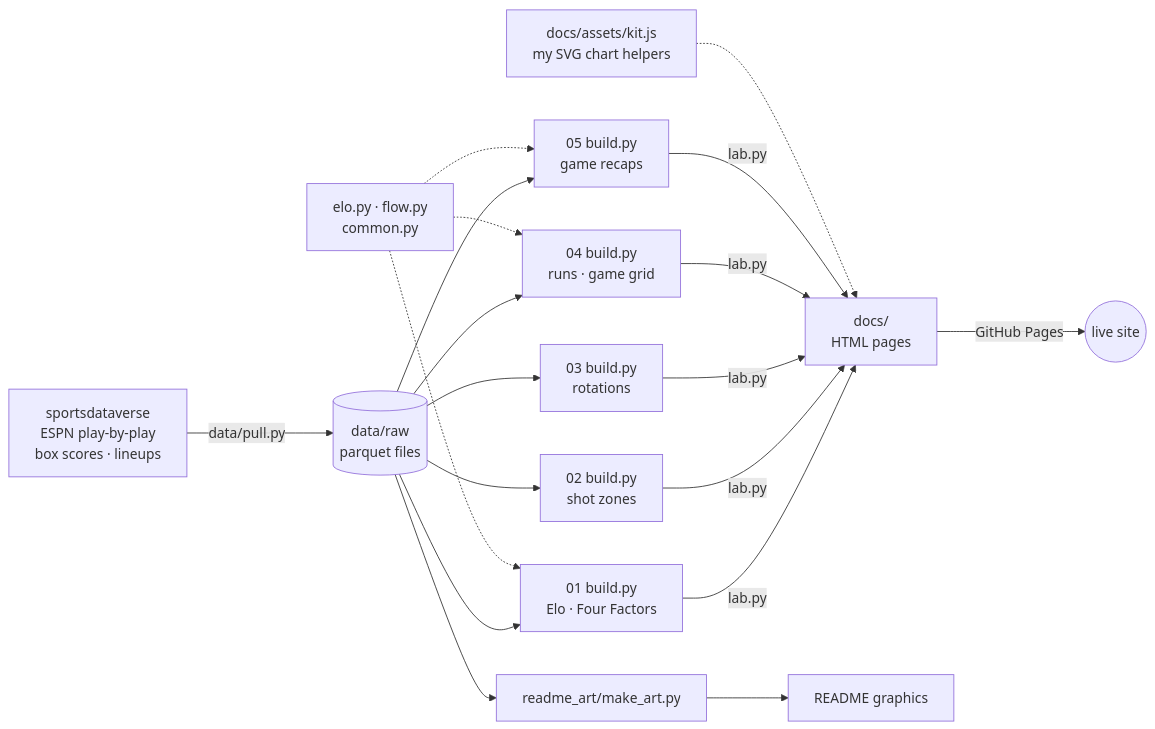
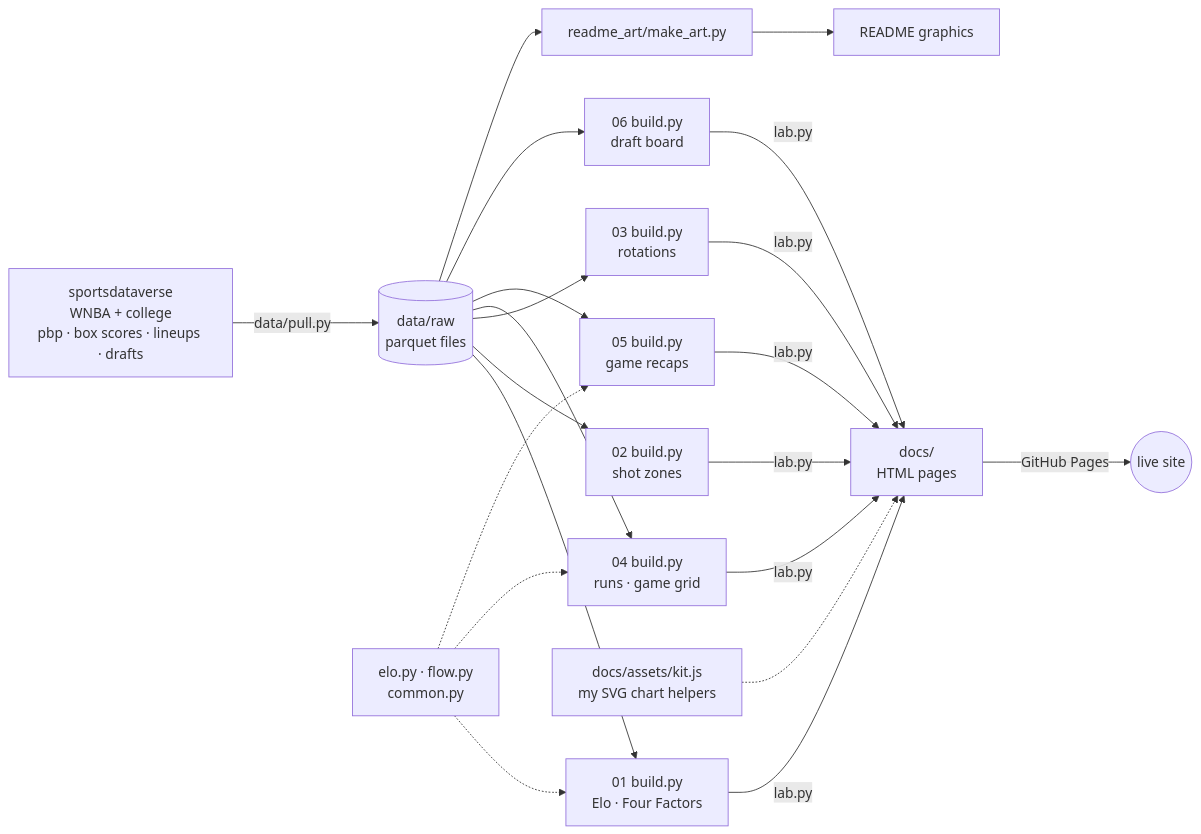
One commit to jordanngo205/toronto-tempo-analytics changed the diagram in README.md. Above: the diagram before and after it, drawn with Mermaid. The commit also changed other lines of this file and 19 other files, not shown here.

First line of the commit message:
Add Draft Lab: Tempo needs, what translates from college, and a 2027 big board

````diff
--- a/README.md
+++ b/README.md
@@ -88,14 +97,15 @@
 ```mermaid
 flowchart LR
-    A[sportsdataverse<br/>ESPN play-by-play<br/>box scores · lineups] -->|data/pull.py| B[(data/raw<br/>parquet files)]
+    A[sportsdataverse<br/>WNBA + college<br/>pbp · box scores · lineups · drafts] -->|data/pull.py| B[(data/raw<br/>parquet files)]
     B --> C1[01 build.py<br/>Elo · Four Factors]
     B --> C2[02 build.py<br/>shot zones]
     B --> C3[03 build.py<br/>rotations]
     B --> C4[04 build.py<br/>runs · game grid]
     B --> C5[05 build.py<br/>game recaps]
+    B --> C6[06 build.py<br/>draft board]
     E[elo.py · flow.py<br/>common.py] -.-> C1 & C4 & C5
-    C1 & C2 & C3 & C4 & C5 -->|lab.py| D[docs/<br/>HTML pages]
+    C1 & C2 & C3 & C4 & C5 & C6 -->|lab.py| D[docs/<br/>HTML pages]
     K[docs/assets/kit.js<br/>my SVG chart helpers] -.-> D
     D -->|GitHub Pages| W((live site))
     B --> R[readme_art/make_art.py] --> P[README graphics]
 ```
````
